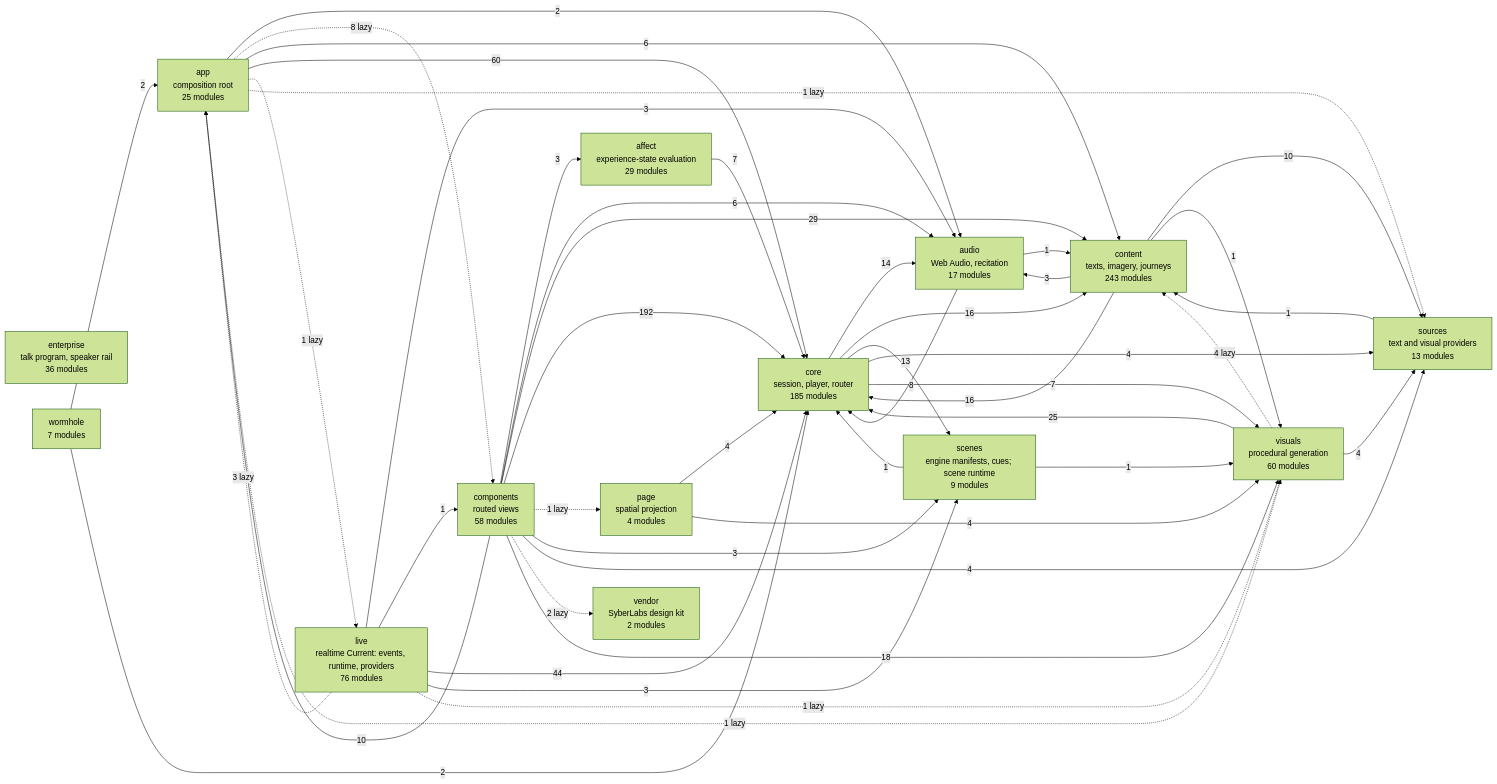
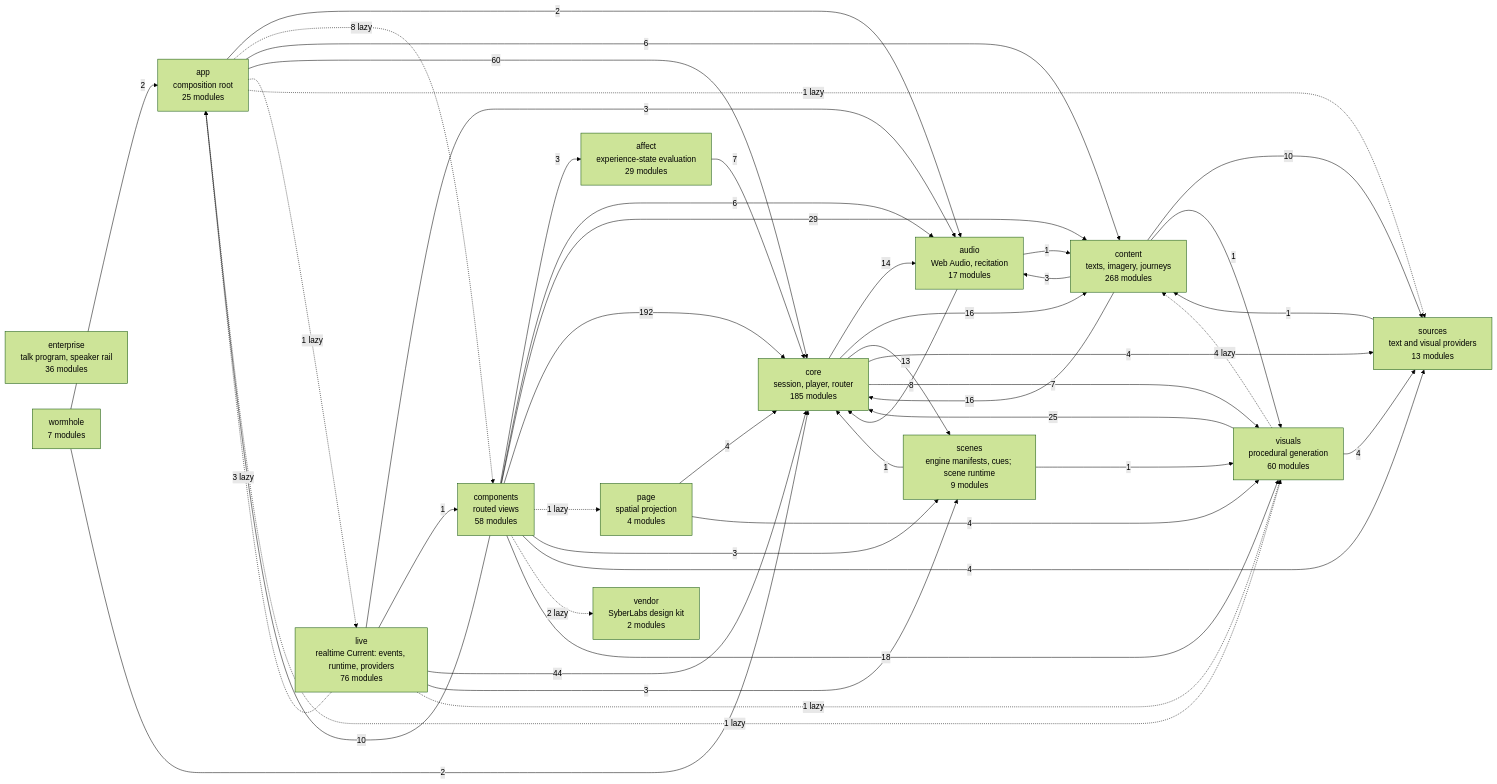
Before and after one commit to SyberLabs/RISE: the diagram in docs/specs/ARCHITECTURE.md, drawn with Mermaid (forest theme). The commit also changed 37 other files, not shown here.

````diff
--- a/docs/specs/ARCHITECTURE.md
+++ b/docs/specs/ARCHITECTURE.md
@@ -161,63 +161,63 @@
 ```mermaid
 flowchart LR
     affect["affect<br/>experience-state evaluation<br/>29 modules"]
     app["app<br/>composition root<br/>25 modules"]
     audio["audio<br/>Web Audio, recitation<br/>17 modules"]
     components["components<br/>routed views<br/>58 modules"]
-    content["content<br/>texts, imagery, journeys<br/>243 modules"]
+    content["content<br/>texts, imagery, journeys<br/>268 modules"]
     core["core<br/>session, player, router<br/>185 modules"]
     enterprise["enterprise<br/>talk program, speaker rail<br/>36 modules"]
     live["live<br/>realtime Current: events, runtime, providers<br/>76 modules"]
     page["page<br/>spatial projection<br/>4 modules"]
     scenes["scenes<br/>engine manifests, cues; scene runtime<br/>9 modules"]
     sources["sources<br/>text and visual providers<br/>13 modules"]
     vendor["vendor<br/>SyberLabs design kit<br/>2 modules"]
     visuals["visuals<br/>procedural generation<br/>60 modules"]
     wormhole["wormhole<br/>7 modules"]
 
     affect --> |7| core
     app --> |2| audio
     app -.-> |8 lazy| components
     app --> |6| content
     app --> |60| core
     app -.-> |1 lazy| live
     app -.-> |1 lazy| sources
     app -.-> |1 lazy| visuals
     audio --> |1| content
     audio --> |8| core
     components --> |3| affect
     components --> |10| app
     components --> |6| audio
     components --> |29| content
     components --> |192| core
     components -.-> |1 lazy| page
     components --> |3| scenes
     components --> |4| sources
     components -.-> |2 lazy| vendor
     components --> |18| visuals
     content --> |3| audio
     content --> |16| core
     content --> |10| sources
     content --> |1| visuals
     core --> |14| audio
     core --> |16| content
     core --> |13| scenes
     core --> |4| sources
     core --> |7| visuals
     live -.-> |3 lazy| app
     live --> |3| audio
     live --> |1| components
     live --> |44| core
     live --> |3| scenes
     live -.-> |1 lazy| visuals
     page --> |4| core
     page --> |4| visuals
     scenes --> |1| core
     scenes --> |1| visuals
     sources --> |1| content
     visuals -.-> |4 lazy| content
     visuals --> |25| core
     visuals --> |4| sources
     wormhole --> |2| app
     wormhole --> |2| core
 ```
````
